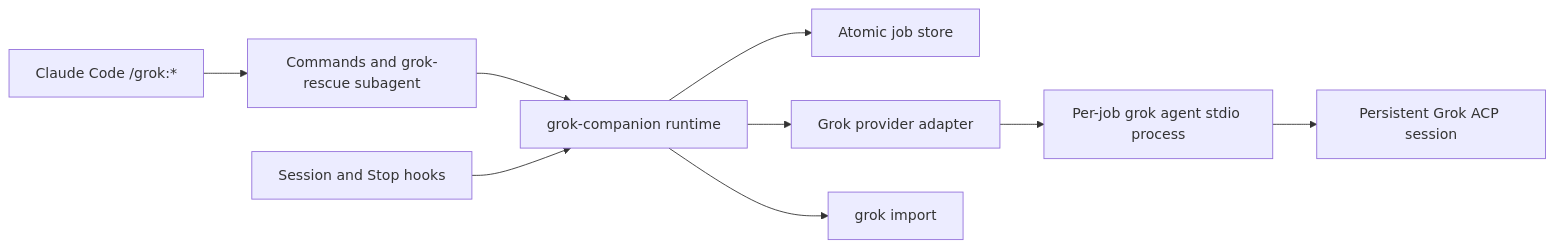
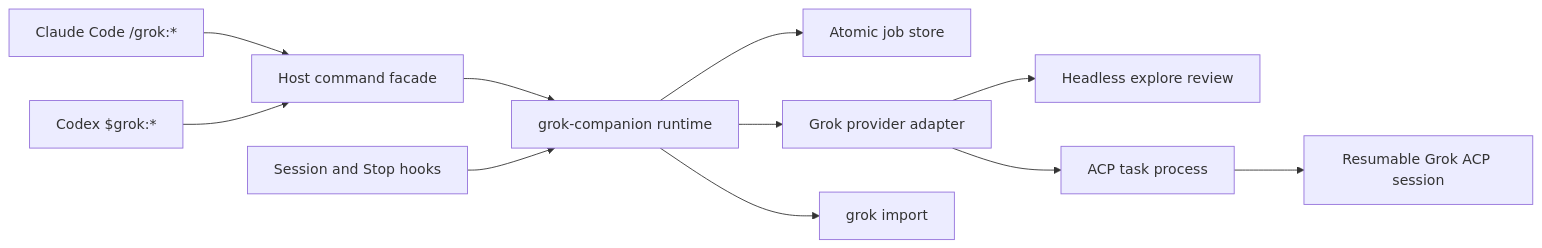
The diagram in SPEC.md (xliberty2008x/grok-plugin), drawn with Mermaid before and after one commit. The commit also changed other lines of this file and 89 other files, not shown here.

First line of the commit message:
Add Grok Companion support for Codex (#1)

````diff
--- a/SPEC.md
+++ b/SPEC.md
@@ -128,11 +137,13 @@
 ```mermaid
 flowchart LR
-    C["Claude Code /grok:*"] --> F["Commands and grok-rescue subagent"]
+    C["Claude Code /grok:*"] --> F["Host command facade"]
+    X["Codex $grok:*"] --> F
     F --> R["grok-companion runtime"]
     H["Session and Stop hooks"] --> R
     R --> J["Atomic job store"]
     R --> P["Grok provider adapter"]
-    P --> A["Per-job grok agent stdio process"]
-    A --> S["Persistent Grok ACP session"]
+    P --> V["Headless explore review"]
+    P --> A["ACP task process"]
+    A --> S["Resumable Grok ACP session"]
     R --> I["grok import"]
 ```
````
